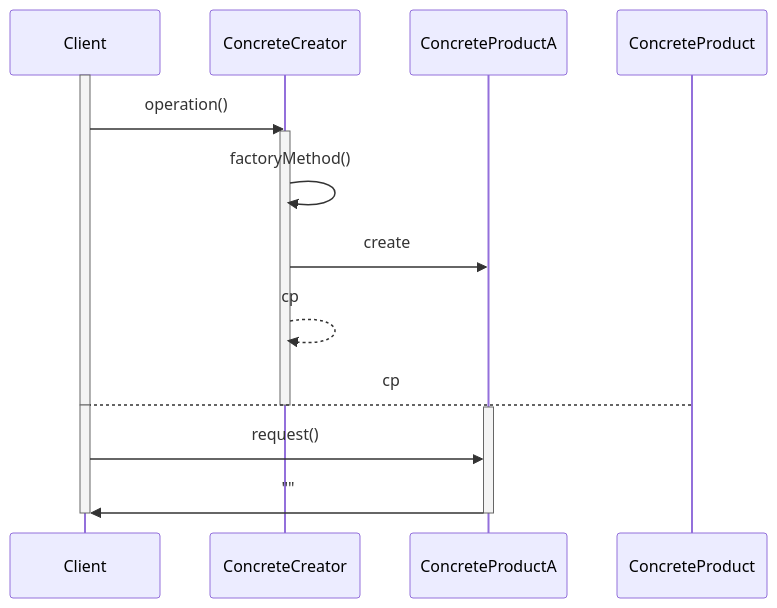
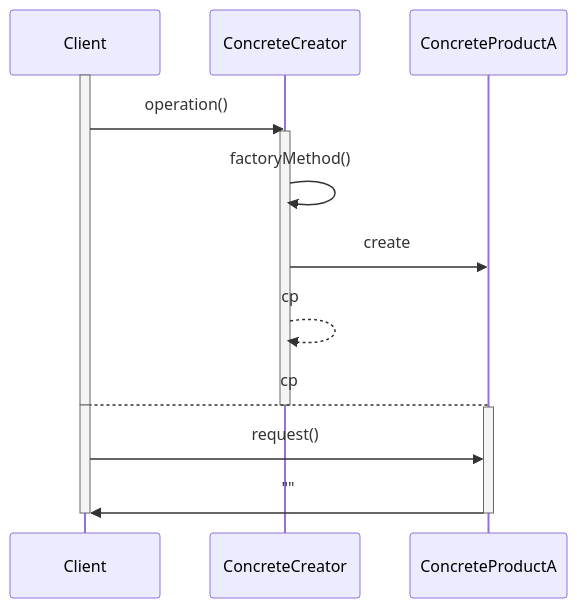
One commit to RybDim/AppuntiIngegneriaSW changed the second of 2 diagrams in FactoryMethod.md. Above: the diagram before and after it, drawn with Mermaid. The commit also changed other lines of this file, not shown here.

Commit message:
update(factory)

````diff
--- a/FactoryMethod.md
+++ b/FactoryMethod.md
@@ -33,18 +33,18 @@
 ```mermaid
 sequenceDiagram
 	activate Client
 	Client->>ConcreteCreator : operation()
 	activate ConcreteCreator
 	ConcreteCreator->>ConcreteCreator : factoryMethod()
 	ConcreteCreator->>ConcreteProductA : create
 	ConcreteCreator-->>ConcreteCreator : cp
-	ConcreteProduct-->Client : cp
+	ConcreteProductA-->Client : cp
 	deactivate Client
 	deactivate ConcreteCreator
 	activate Client
 	activate ConcreteProductA
 	Client->>ConcreteProductA : request()
 	ConcreteProductA->>Client : ""
 	deactivate Client
 	deactivate ConcreteProductA 
 ```
````
